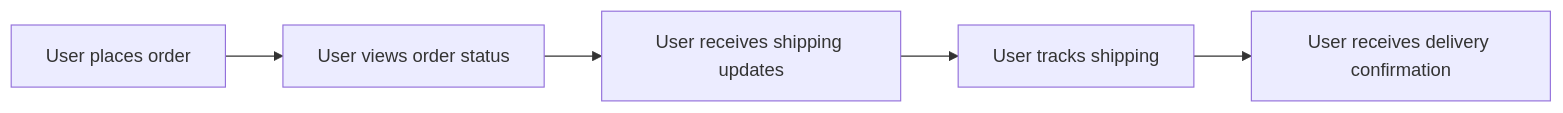
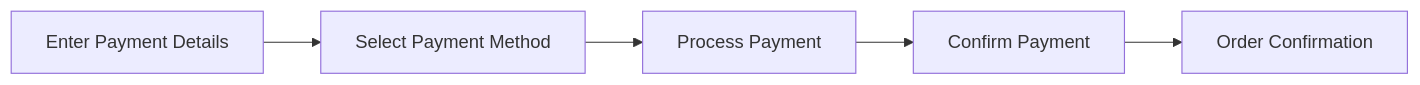
Before and after one commit to wrtnlabs/autobe-examples: the ninth of 20 diagrams in mistralai/codestral-2508/shopping/docs/analysis/03-user-flows.md, drawn with Mermaid. The commit also changed other lines of this file and 7173 other files, not shown here.

````diff
--- a/mistralai/codestral-2508/shopping/docs/analysis/03-user-flows.md
+++ b/mistralai/codestral-2508/shopping/docs/analysis/03-user-flows.md
@@ -241,7 +100,7 @@
 ```mermaid
-flowchart LR
-    A["User places order"] --> B["User views order status"]
-    B --> C["User receives shipping updates"]
-    C --> D["User tracks shipping"]
-    D --> E["User receives delivery confirmation"]
+graph LR
+    A["Enter Payment Details"] --> B["Select Payment Method"]
+    B --> C["Process Payment"]
+    C --> D["Confirm Payment"]
+    D --> E["Order Confirmation"]
 ```
````
